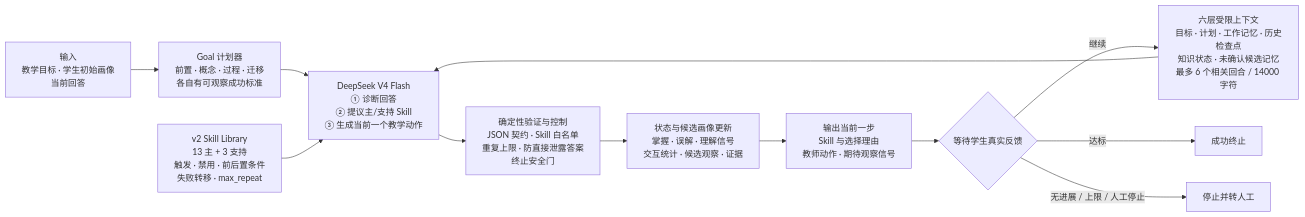
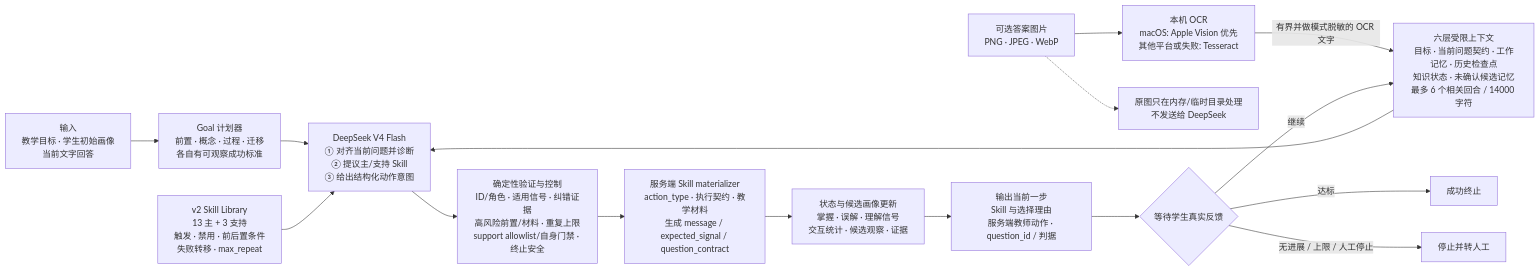
One commit to deafenken/multimodal-teaching-skill-miner changed the diagram in docs/teacher_agent_task2.md. Above: the diagram before and after it, drawn with Mermaid. The commit also changed other lines of this file and 44 other files, not shown here.

````diff
--- a/docs/teacher_agent_task2.md
+++ b/docs/teacher_agent_task2.md
@@ -22,14 +23,18 @@
 ```mermaid
 flowchart LR
-    A["输入<br/>教学目标 · 学生初始画像<br/>当前回答"] --> B["Goal 计划器<br/>前置 · 概念 · 过程 · 迁移<br/>各自有可观察成功标准"]
-    H["六层受限上下文<br/>目标 · 计划 · 工作记忆 · 历史检查点<br/>知识状态 · 未确认候选记忆<br/>最多 6 个相关回合 / 14000 字符"] --> C
-    B --> C["DeepSeek V4 Flash<br/>① 诊断回答<br/>② 提议主/支持 Skill<br/>③ 生成当前一个教学动作"]
+    A["输入<br/>教学目标 · 学生初始画像<br/>当前文字回答"] --> B["Goal 计划器<br/>前置 · 概念 · 过程 · 迁移<br/>各自有可观察成功标准"]
+    I["可选答案图片<br/>PNG · JPEG · WebP"] --> X["本机 OCR<br/>macOS: Apple Vision 优先<br/>其他平台或失败: Tesseract"]
+    X -->|"有界并做模式脱敏的 OCR 文字"| H
+    I -.-> P["原图只在内存/临时目录处理<br/>不发送给 DeepSeek"]
+    H["六层受限上下文<br/>目标 · 当前问题契约 · 工作记忆 · 历史检查点<br/>知识状态 · 未确认候选记忆<br/>最多 6 个相关回合 / 14000 字符"] --> C
+    B --> C["DeepSeek V4 Flash<br/>① 对齐当前问题并诊断<br/>② 提议主/支持 Skill<br/>③ 给出结构化动作意图"]
     L["v2 Skill Library<br/>13 主 + 3 支持<br/>触发 · 禁用 · 前后置条件<br/>失败转移 · max_repeat"] --> C
-    C --> V["确定性验证与控制<br/>JSON 契约 · Skill 白名单<br/>重复上限 · 防直接泄露答案<br/>终止安全门"]
-    V --> S["状态与候选画像更新<br/>掌握 · 误解 · 理解信号<br/>交互统计 · 候选观察 · 证据"]
-    S --> O["输出当前一步<br/>Skill 与选择理由<br/>教师动作 · 期待观察信号"]
+    C --> V["确定性验证与控制<br/>ID/角色 · 适用信号 · 纠错证据<br/>高风险前置/材料 · 重复上限<br/>support allowlist/自身门禁 · 终止安全"]
+    V --> M["服务端 Skill materializer<br/>action_type · 执行契约 · 教学材料<br/>生成 message / expected_signal / question_contract"]
+    M --> S["状态与候选画像更新<br/>掌握 · 误解 · 理解信号<br/>交互统计 · 候选观察 · 证据"]
+    S --> O["输出当前一步<br/>Skill 与选择理由<br/>服务端教师动作 · question_id / 判据"]
     O --> R{"等待学生真实反馈"}
     R -->|"继续"| H
     R -->|"达标"| T1["成功终止"]
     R -->|"无进展 / 上限 / 人工停止"| T2["停止并转人工"]
 ```
````
